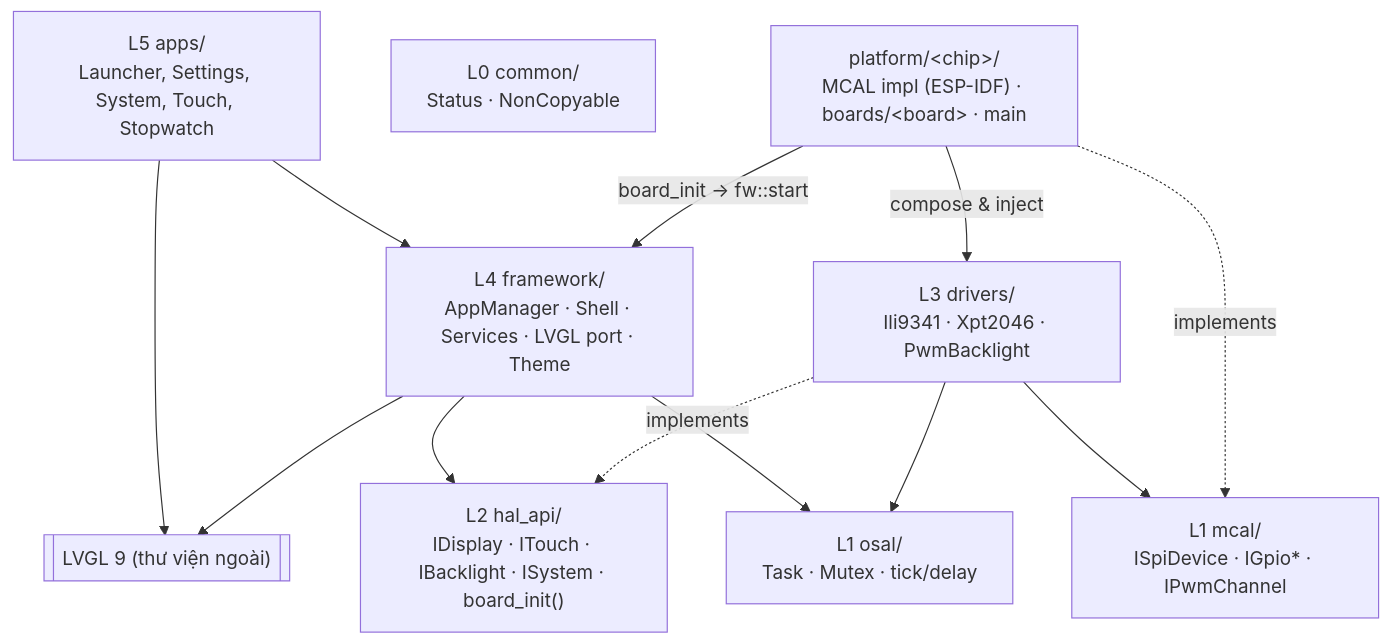
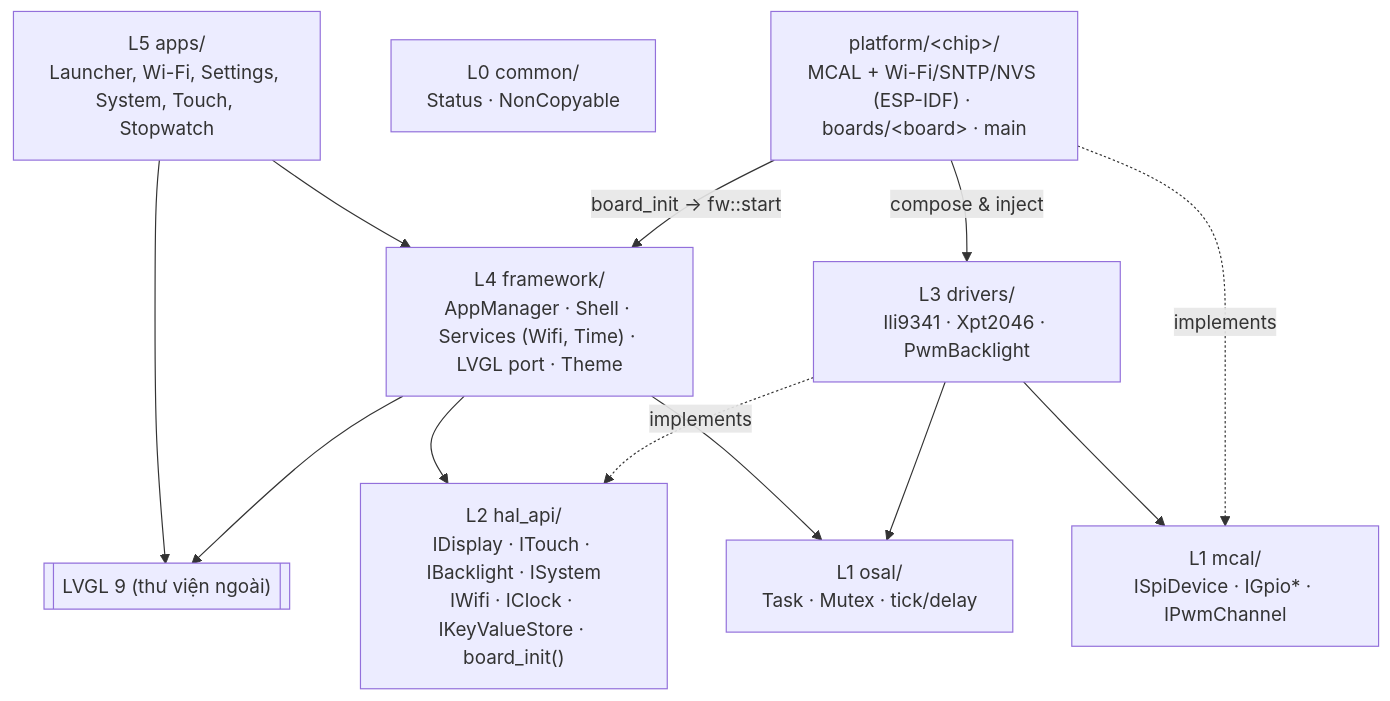
Before and after one commit to tranthanh1699/gach-os: the diagram in docs/architecture.md, drawn with Mermaid. The commit also changed other lines of this file and 35 other files, not shown here.

````diff
--- a/docs/architecture.md
+++ b/docs/architecture.md
@@ -5,24 +5,24 @@
 ```mermaid
 flowchart TD
-    APPS["L5 apps/<br/>Launcher, Settings, System, Touch, Stopwatch"]
-    FW["L4 framework/<br/>AppManager · Shell · Services · LVGL port · Theme"]
+    APPS["L5 apps/<br/>Launcher, Wi-Fi, Settings, System, Touch, Stopwatch"]
+    FW["L4 framework/<br/>AppManager · Shell · Services (Wifi, Time) · LVGL port · Theme"]
     LVGL[["LVGL 9 (thư viện ngoài)"]]
-    HAL["L2 hal_api/<br/>IDisplay · ITouch · IBacklight · ISystem · board_init()"]
+    HAL["L2 hal_api/<br/>IDisplay · ITouch · IBacklight · ISystem<br/>IWifi · IClock · IKeyValueStore · board_init()"]
     DRV["L3 drivers/<br/>Ili9341 · Xpt2046 · PwmBacklight"]
     MCAL["L1 mcal/<br/>ISpiDevice · IGpio* · IPwmChannel"]
     OSAL["L1 osal/<br/>Task · Mutex · tick/delay"]
     COMMON["L0 common/<br/>Status · NonCopyable"]
-    PLAT["platform/&lt;chip&gt;/<br/>MCAL impl (ESP-IDF) · boards/&lt;board&gt; · main"]
+    PLAT["platform/&lt;chip&gt;/<br/>MCAL + Wi-Fi/SNTP/NVS (ESP-IDF) · boards/&lt;board&gt; · main"]
 
     APPS --> FW
     APPS --> LVGL
     FW --> LVGL
     FW --> HAL
     FW --> OSAL
     DRV -. implements .-> HAL
     DRV --> MCAL
     DRV --> OSAL
     PLAT -. implements .-> MCAL
     PLAT -->|compose & inject| DRV
     PLAT -->|board_init → fw::start| FW
 ```
````
